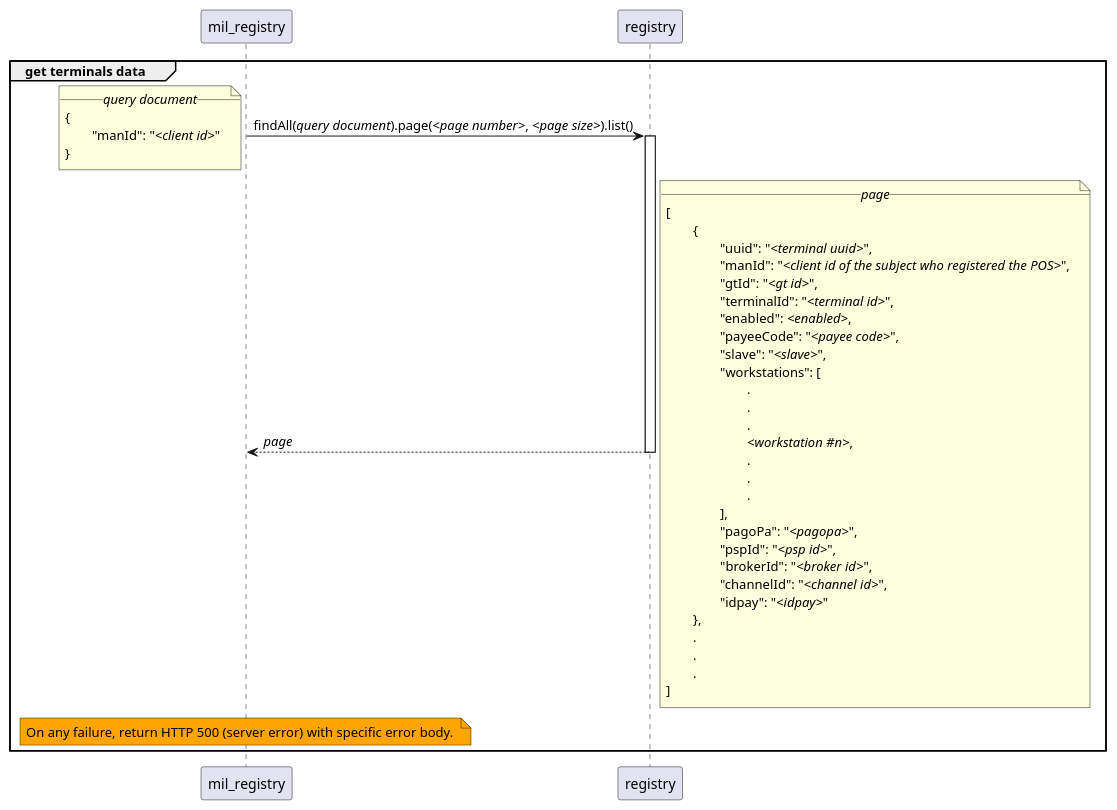
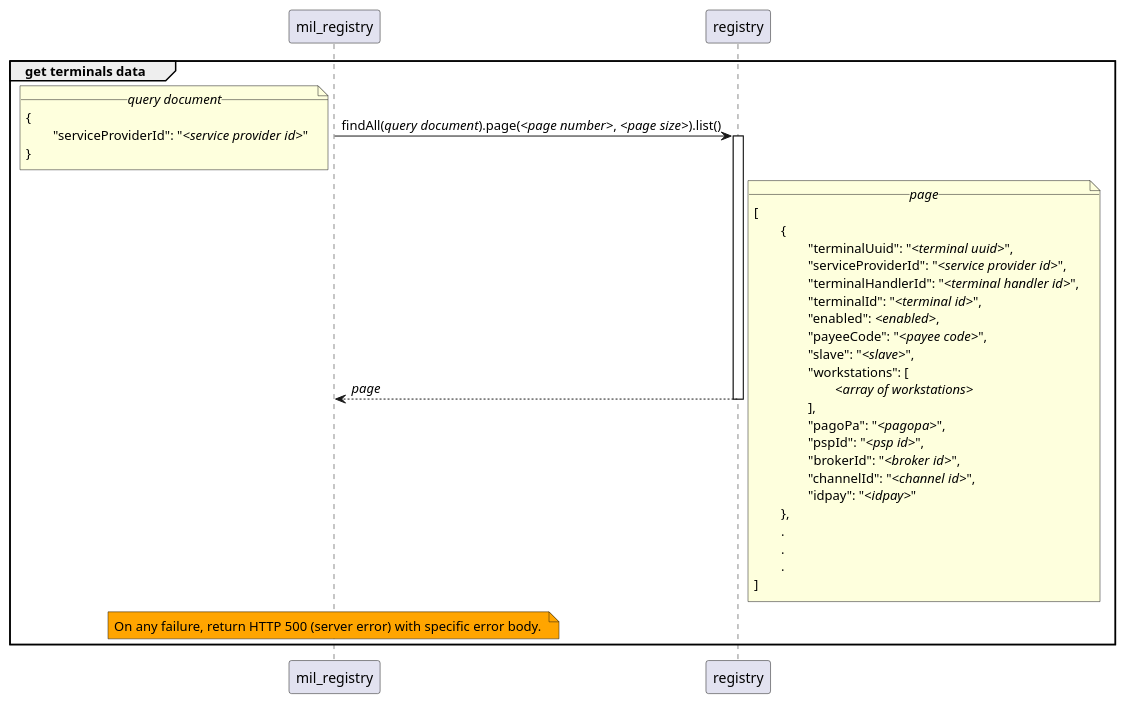
The diagram in sequence_diags/pagoPA/pos_management/get_terminals_data_for_psp.puml (pagopa/mil-diags), drawn with PlantUML before and after one commit. The commit also changed 21 other files, not shown here.

```diff
--- a/sequence_diags/pagoPA/pos_management/get_terminals_data_for_psp.puml
+++ b/sequence_diags/pagoPA/pos_management/get_terminals_data_for_psp.puml
@@ -1,46 +1,40 @@
 group get terminals data
 	mil_registry -> registry ++ : findAll(//query document//).page(//<page number>//, //<page size>//).list()
 		note left
 			__//query document//__
 			{
-				"manId": "//<client id>//"
+				"serviceProviderId": "//<service provider id>//"
 			}
 		end note
 
 	registry --> mil_registry -- : //page//
 		note right
 			__//page//__
 			[
 				{
-					"uuid": "//<terminal uuid>//",
-					"manId": "//<client id of the subject who registered the POS>//",
-					"gtId": "//<gt id>//",
+					"terminalUuid": "//<terminal uuid>//",
+					"serviceProviderId": "//<service provider id>//",
+					"terminalHandlerId": "//<terminal handler id>//",
 					"terminalId": "//<terminal id>//",
 					"enabled": //<enabled>//,
 					"payeeCode": "//<payee code>//",
 					"slave": "//<slave>//",
 					"workstations": [
-						.
-						.
-						.
-						//<workstation #n>//,
-						.
-						.
-						.
+						//<array of workstations>//
 					],
 					"pagoPa": "//<pagopa>//",
 					"pspId": "//<psp id>//",
 					"brokerId": "//<broker id>//",
 					"channelId": "//<channel id>//",
 					"idpay": "//<idpay>//"
 				},
 				.
 				.
 				.
 			]
 		end note
 
 	note over mil_registry #Orange
 		On any failure, return HTTP 500 (server error) with specific error body. 
 	end note
 end
```
